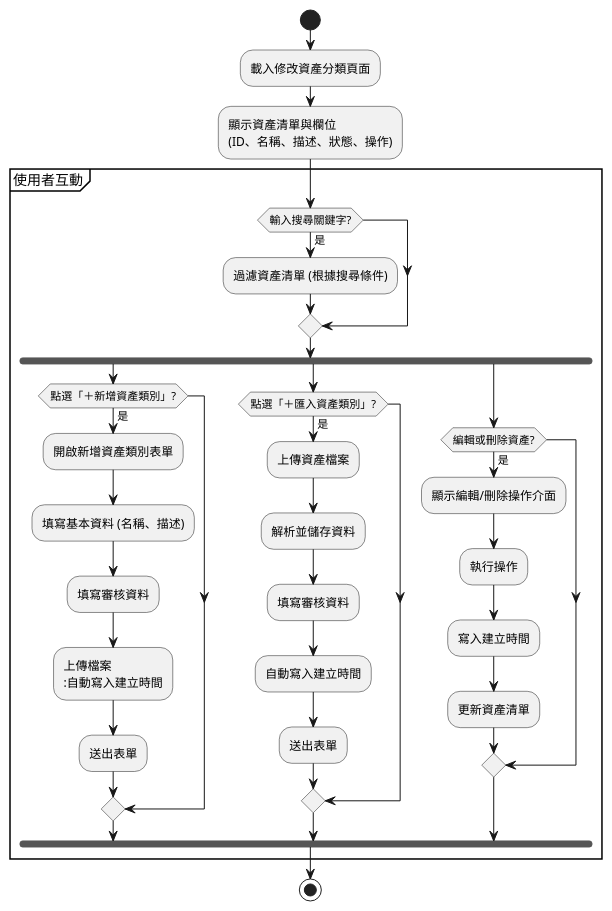
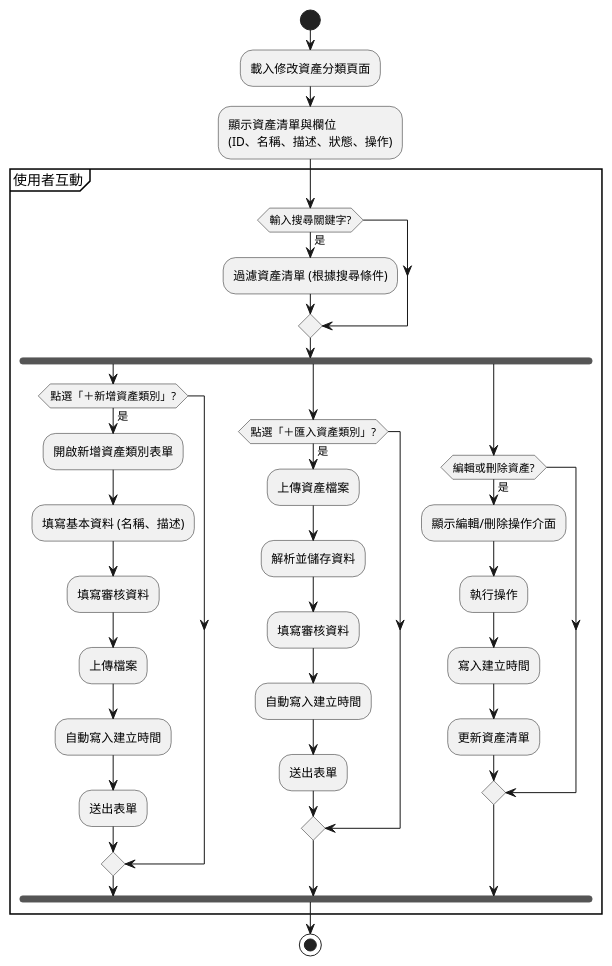
One commit to walle45611/NTUB_SecuManag_Diagram changed the diagram in plantUML/activity/asset_category_edit.puml. Above: the diagram before and after it, drawn with PlantUML. The commit also changed 1 other file, not shown here.

```diff
--- a/plantUML/activity/asset_category_edit.puml
+++ b/plantUML/activity/asset_category_edit.puml
@@ -1,44 +1,44 @@
 @startuml edit_asset_activity
 
 start
 
 :載入修改資產分類頁面;
 
 :顯示資產清單與欄位
 (ID、名稱、描述、狀態、操作);
 
 partition "使用者互動" {
 
     if (輸入搜尋關鍵字?) then (是)
         :過濾資產清單 (根據搜尋條件);
     endif
     fork
         if (點選「＋新增資產類別」?) then (是)
             :開啟新增資產類別表單;
             :填寫基本資料 (名稱、描述);
             :填寫審核資料;
-            :上傳檔案
+            :上傳檔案;
             :自動寫入建立時間;
             :送出表單;
         endif
     fork again
         if (點選「＋匯入資產類別」?) then (是)
             :上傳資產檔案;
             :解析並儲存資料;
             :填寫審核資料;
             :自動寫入建立時間;
             :送出表單;
         endif
     fork again
         if (編輯或刪除資產?) then (是)
             :顯示編輯/刪除操作介面;
             :執行操作;
             :寫入建立時間;
             :更新資產清單;
         endif
     end fork
 }
 
 stop
 
 @enduml
```
